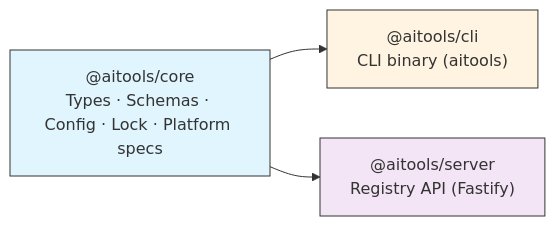
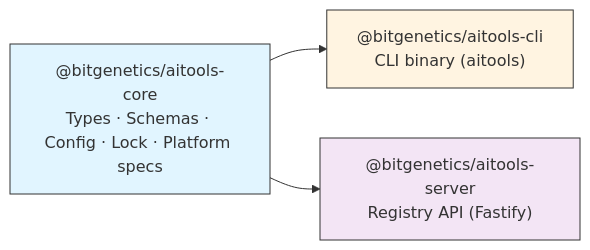
Before and after one commit to bitgenetics/aitools: the first of 4 diagrams in docs/design/system-architecture.md, drawn with Mermaid. The commit also changed other lines of this file and 159 other files, not shown here.

````diff
--- a/docs/design/system-architecture.md
+++ b/docs/design/system-architecture.md
@@ -26,13 +26,13 @@
 ```mermaid
 graph LR
-    core["@aitools/core<br/>Types · Schemas · Config · Lock · Platform specs"]
-    cli["@aitools/cli<br/>CLI binary (aitools)"]
-    server["@aitools/server<br/>Registry API (Fastify)"]
+    core["@bitgenetics/aitools-core<br/>Types · Schemas · Config · Lock · Platform specs"]
+    cli["@bitgenetics/aitools-cli<br/>CLI binary (aitools)"]
+    server["@bitgenetics/aitools-server<br/>Registry API (Fastify)"]
 
     core --> cli
     core --> server
 
     style core fill:#e1f5ff,stroke:#333,strokeWidth:2px
     style cli fill:#fff4e1,stroke:#333,strokeWidth:2px
     style server fill:#f3e5f5,stroke:#333,strokeWidth:2px
 ```
````
